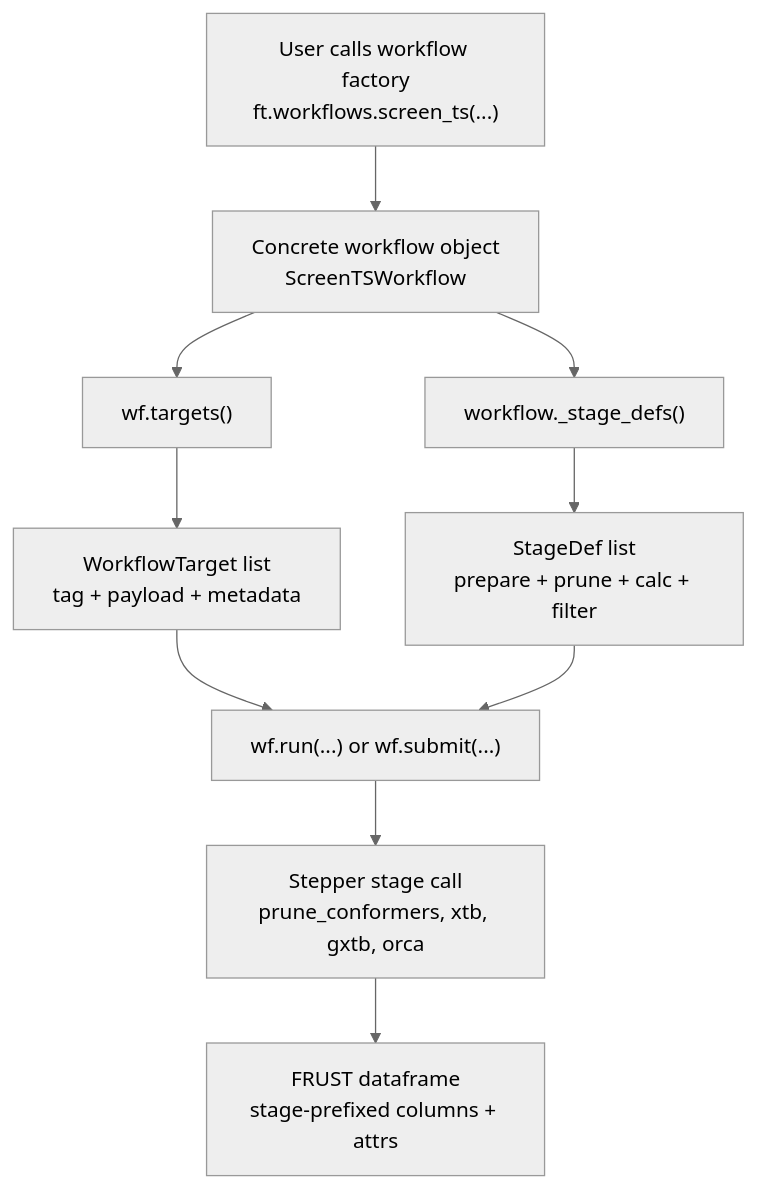
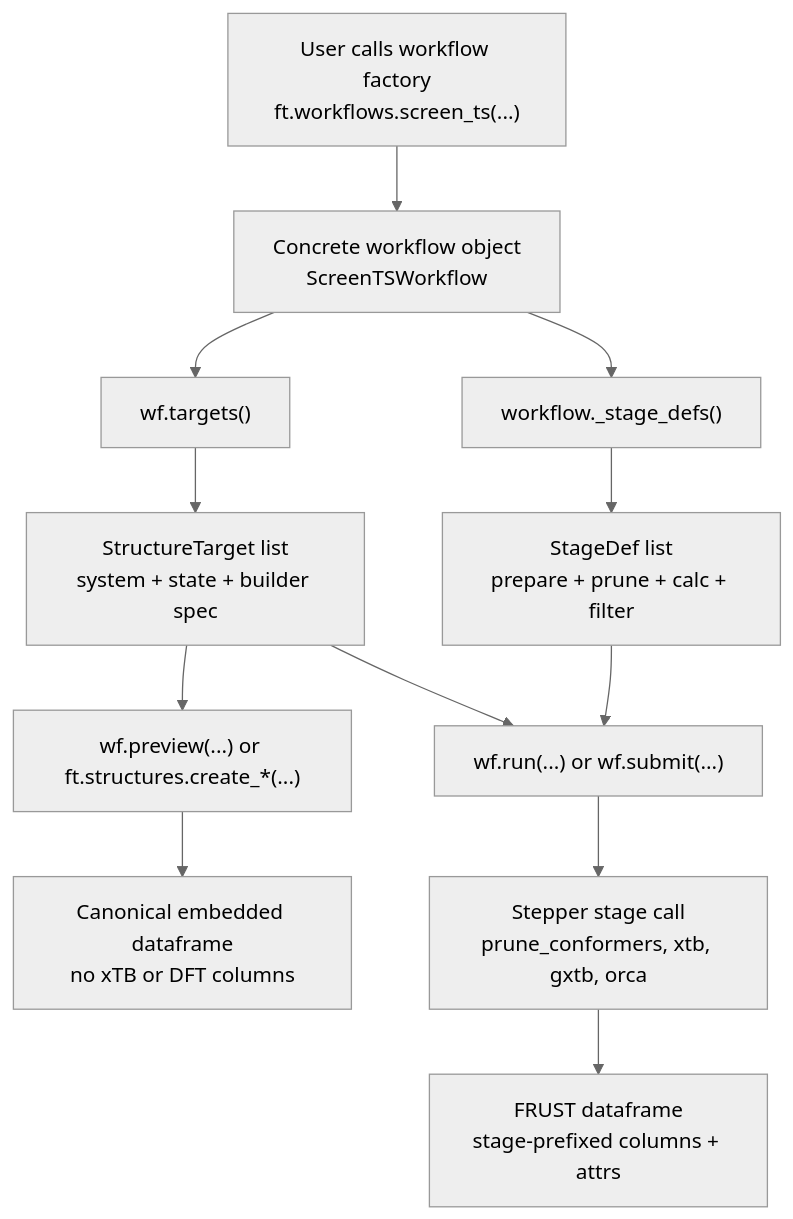
One commit to MolinDiscovery/FRUST changed the first of 4 diagrams in docs/development/workflow-architecture.md. Above: the diagram before and after it, drawn with Mermaid (neutral theme). The commit also changed other lines of this file and 37 other files, not shown here.

````diff
--- a/docs/development/workflow-architecture.md
+++ b/docs/development/workflow-architecture.md
@@ -49,18 +56,21 @@
 ```mermaid
 flowchart TD
     A["User calls workflow factory<br/>ft.workflows.screen_ts(...)"]
     B["Concrete workflow object<br/>ScreenTSWorkflow"]
     C["wf.targets()"]
-    D["WorkflowTarget list<br/>tag + payload + metadata"]
+    D["StructureTarget list<br/>system + state + builder spec"]
     E["workflow._stage_defs()"]
     F["StageDef list<br/>prepare + prune + calc + filter"]
+    P["wf.preview(...) or ft.structures.create_*(...)"]
+    Q["Canonical embedded dataframe<br/>no xTB or DFT columns"]
     G["wf.run(...) or wf.submit(...)"]
     H["Stepper stage call<br/>prune_conformers, xtb, gxtb, orca"]
     I["FRUST dataframe<br/>stage-prefixed columns + attrs"]
 
     A --> B --> C --> D
     B --> E --> F
+    D --> P --> Q
     D --> G
     F --> G
     G --> H --> I
 ```
````
